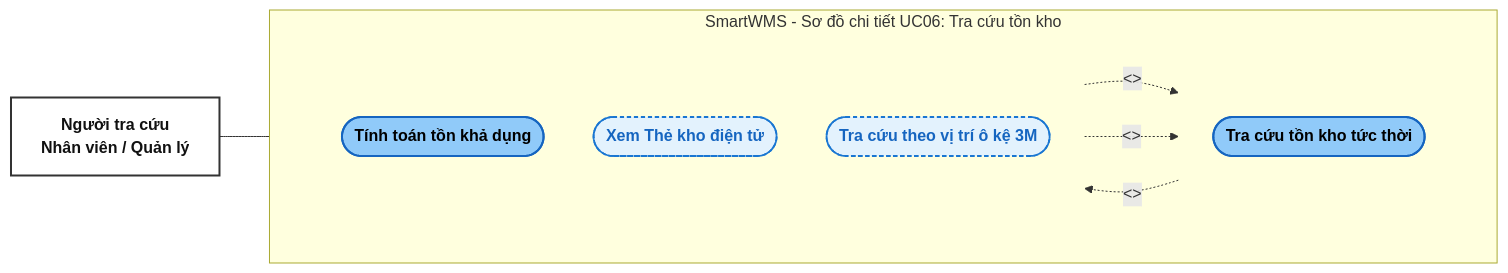
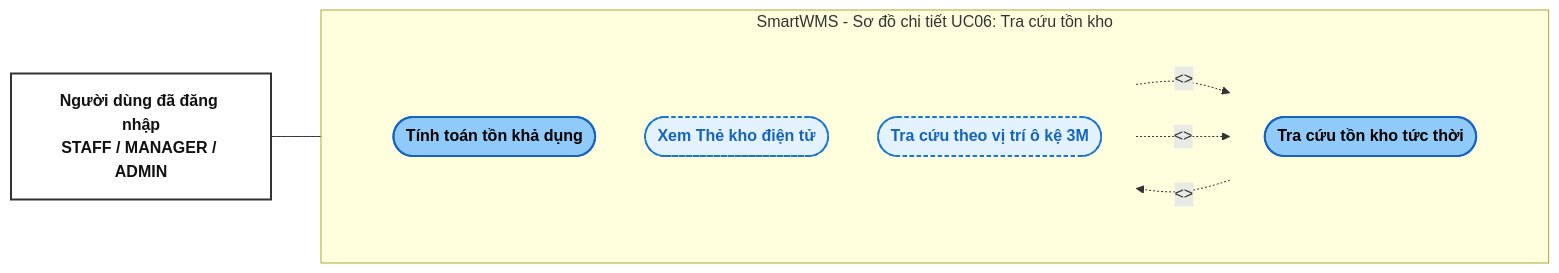
Before and after one commit to TheUn4given123jkbkjs/SmartWMS: the diagram in docs/02_uml_modeling/use_case/detailed_usecase/uc06_inventory_query_detail.mmd, drawn with Mermaid. The commit also changed 36 other files, not shown here.

```diff
--- a/docs/02_uml_modeling/use_case/detailed_usecase/uc06_inventory_query_detail.mmd
+++ b/docs/02_uml_modeling/use_case/detailed_usecase/uc06_inventory_query_detail.mmd
@@ -1,28 +1,28 @@
 flowchart LR
     classDef base fill:#90caf9,stroke:#1565c0,stroke-width:2px,color:#000000,font-weight:bold;
     classDef ext fill:#e3f2fd,stroke:#1976d2,stroke-width:1.8px,stroke-dasharray:4 3,color:#1565c0,font-weight:bold;
     classDef actor fill:#ffffff,stroke:#333333,stroke-width:2px,color:#111111,font-weight:bold;
 
     subgraph SYSTEM ["SmartWMS - Sơ đồ chi tiết UC06: Tra cứu tồn kho"]
         direction LR
         subgraph COL_A [" "]
             direction TB
             UC06(["Tra cứu tồn kho tức thời"]):::base
         end
         subgraph COL_B [" "]
             direction TB
             UC_CALC(["Tính toán tồn khả dụng"]):::base
             UC_STOCKCARD(["Xem Thẻ kho điện tử"]):::ext
             UC_LOCATION(["Tra cứu theo vị trí ô kệ 3M"]):::ext
         end
     end
 
     style COL_A fill:none,stroke:none;
     style COL_B fill:none,stroke:none;
 
-    Actor_User["Người tra cứu<br>Nhân viên / Quản lý"]:::actor
+    Actor_User["Người dùng đã đăng nhập<br>STAFF / MANAGER / ADMIN"]:::actor
     Actor_User --- UC06
 
     UC06 -. "<<include>>" .-> UC_CALC
     UC_STOCKCARD -. "<<extend>>" .-> UC06
     UC_LOCATION -. "<<extend>>" .-> UC06
```
